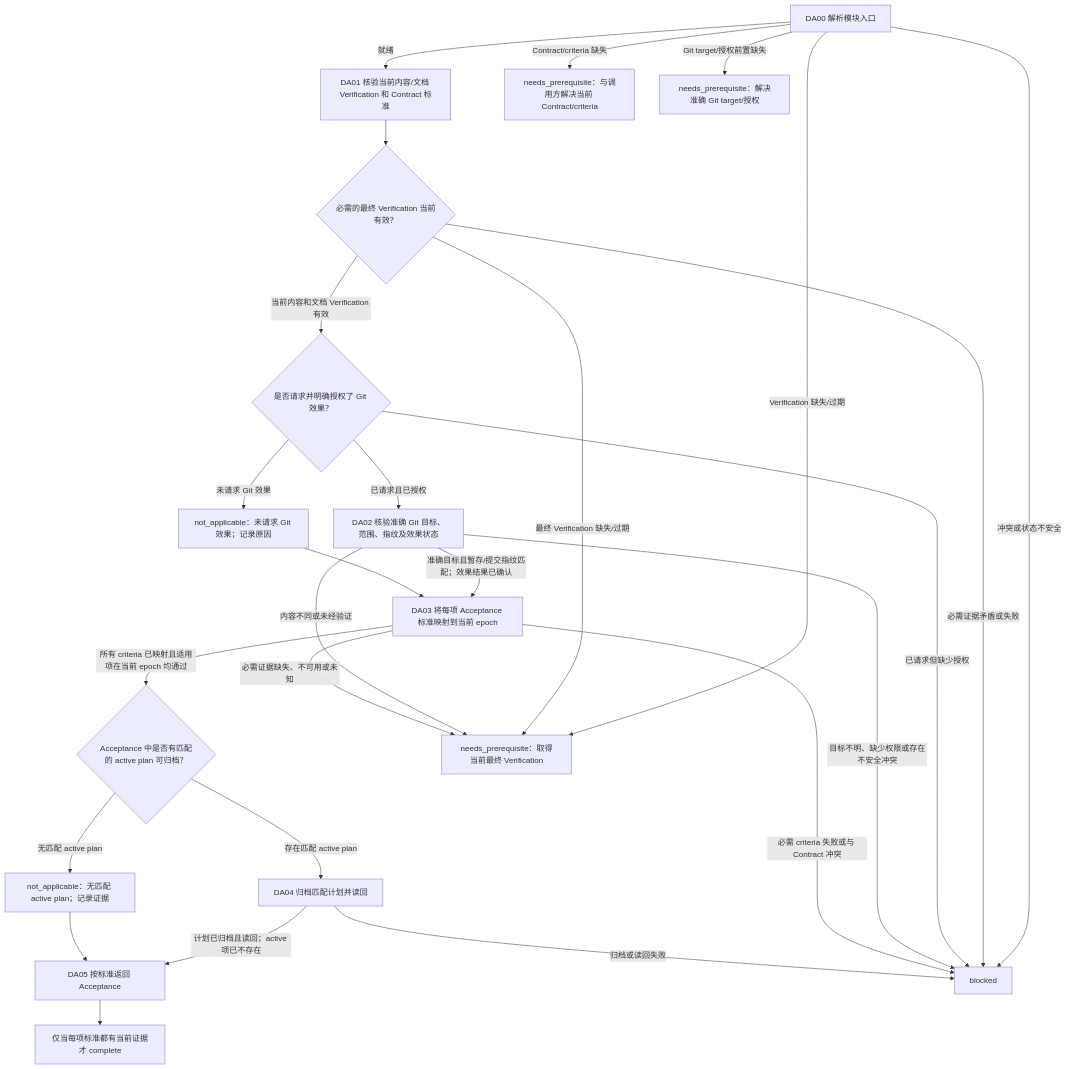
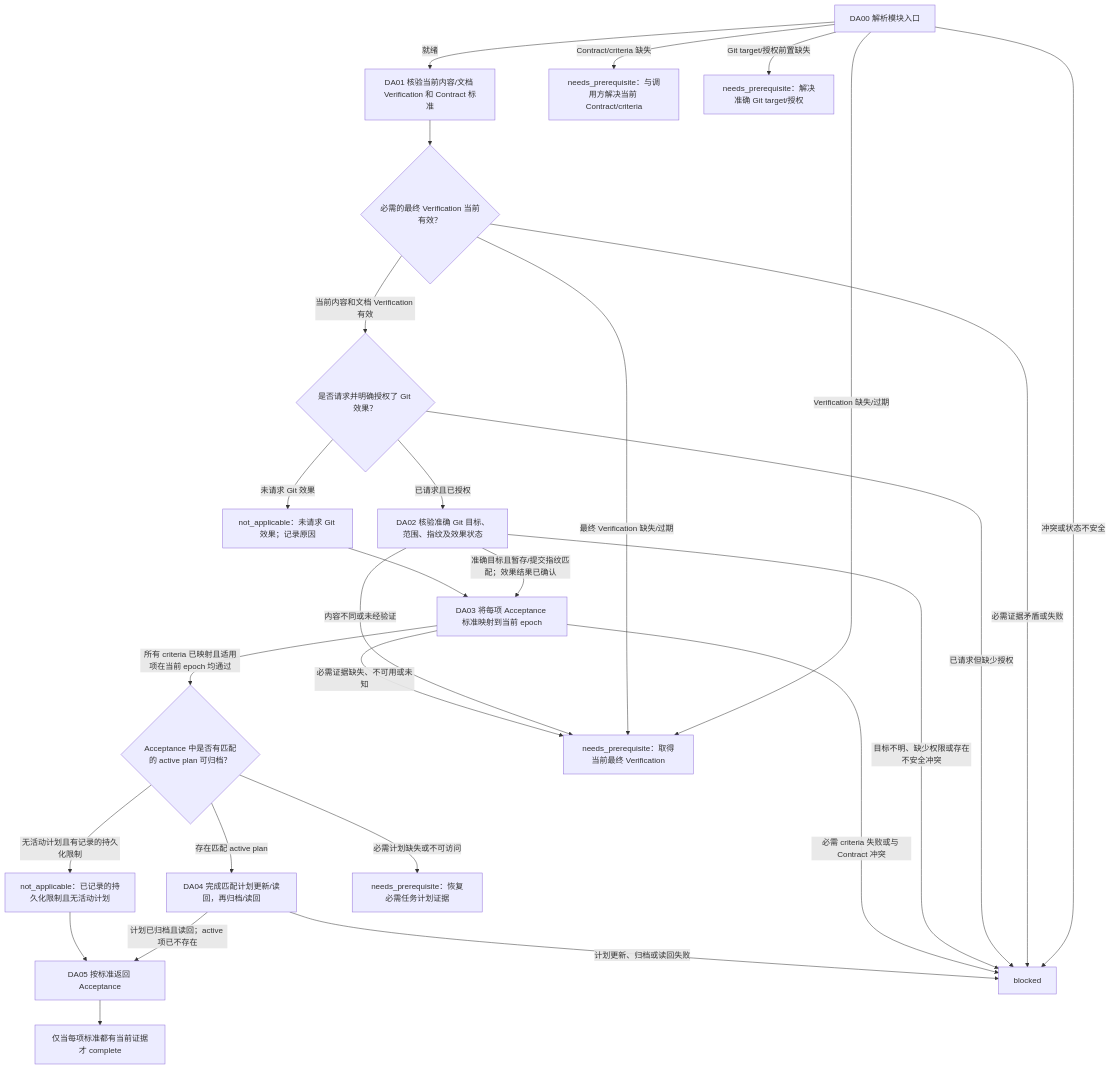
One commit to john-z-huang/token-io-decoupling changed the diagram in references/coding/layer-04-workflows/modules/delivery-acceptance_zh_cn.md. Above: the diagram before and after it, drawn with Mermaid. The commit also changed other lines of this file and 47 other files, not shown here.

````diff
--- a/references/coding/layer-04-workflows/modules/delivery-acceptance_zh_cn.md
+++ b/references/coding/layer-04-workflows/modules/delivery-acceptance_zh_cn.md
@@ -19,44 +19,46 @@
 ```mermaid
 flowchart TD
     DA00["DA00 解析模块入口"]
     DA01["DA01 核验当前内容/文档 Verification 和 Contract 标准"]
     D_VERIFIED{"必需的最终 Verification 当前有效？"}
     D_GIT{"是否请求并明确授权了 Git 效果？"}
     DA02["DA02 核验准确 Git 目标、范围、指纹及效果状态"]
     DA03["DA03 将每项 Acceptance 标准映射到当前 epoch"]
     D_PLAN{"Acceptance 中是否有匹配的 active plan 可归档？"}
-    DA04["DA04 归档匹配计划并读回"]
+    DA04["DA04 完成匹配计划更新/读回，再归档/读回"]
     DA05["DA05 按标准返回 Acceptance"]
     DA_DONE["仅当每项标准都有当前证据才 complete"]
     DA_GIT_NA["not_applicable：未请求 Git 效果；记录原因"]
-    DA_PLAN_NA["not_applicable：无匹配 active plan；记录证据"]
+    DA_PLAN_NA["not_applicable：已记录的持久化限制且无活动计划"]
+    DA_NEEDS_PLAN["needs_prerequisite：恢复必需任务计划证据"]
     DA_NEEDS_VERIFICATION["needs_prerequisite：取得当前最终 Verification"]
     DA_NEEDS_CONTRACT["needs_prerequisite：与调用方解决当前 Contract/criteria"]
     DA_NEEDS_GIT["needs_prerequisite：解决准确 Git target/授权"]
     DA_BLOCK["blocked"]
     DA00 -- 就绪 --> DA01
     DA00 -- Contract/criteria 缺失 --> DA_NEEDS_CONTRACT
     DA00 -- Verification 缺失/过期 --> DA_NEEDS_VERIFICATION
     DA00 -- Git target/授权前置缺失 --> DA_NEEDS_GIT
     DA00 -- 冲突或状态不安全 --> DA_BLOCK
     DA01 --> D_VERIFIED
     D_VERIFIED -- 当前内容和文档 Verification 有效 --> D_GIT
     D_VERIFIED -- 最终 Verification 缺失/过期 --> DA_NEEDS_VERIFICATION
     D_VERIFIED -- 必需证据矛盾或失败 --> DA_BLOCK
     D_GIT -- 已请求且已授权 --> DA02
     D_GIT -- 未请求 Git 效果 --> DA_GIT_NA
     D_GIT -- 已请求但缺少授权 --> DA_BLOCK
     DA02 -- 准确目标且暂存/提交指纹匹配；效果结果已确认 --> DA03
     DA02 -- 内容不同或未经验证 --> DA_NEEDS_VERIFICATION
     DA02 -- 目标不明、缺少权限或存在不安全冲突 --> DA_BLOCK
     DA_GIT_NA --> DA03
     DA03 -- 所有 criteria 已映射且适用项在当前 epoch 均通过 --> D_PLAN
     DA03 -- 必需证据缺失、不可用或未知 --> DA_NEEDS_VERIFICATION
     DA03 -- 必需 criteria 失败或与 Contract 冲突 --> DA_BLOCK
     D_PLAN -- 存在匹配 active plan --> DA04
-    D_PLAN -- 无匹配 active plan --> DA_PLAN_NA
+    D_PLAN -- 无活动计划且有记录的持久化限制 --> DA_PLAN_NA
+    D_PLAN -- 必需计划缺失或不可访问 --> DA_NEEDS_PLAN
     DA04 -- 计划已归档且读回；active 项已不存在 --> DA05
-    DA04 -- 归档或读回失败 --> DA_BLOCK
+    DA04 -- 计划更新、归档或读回失败 --> DA_BLOCK
     DA_PLAN_NA --> DA05
     DA05 --> DA_DONE
 ```
````
